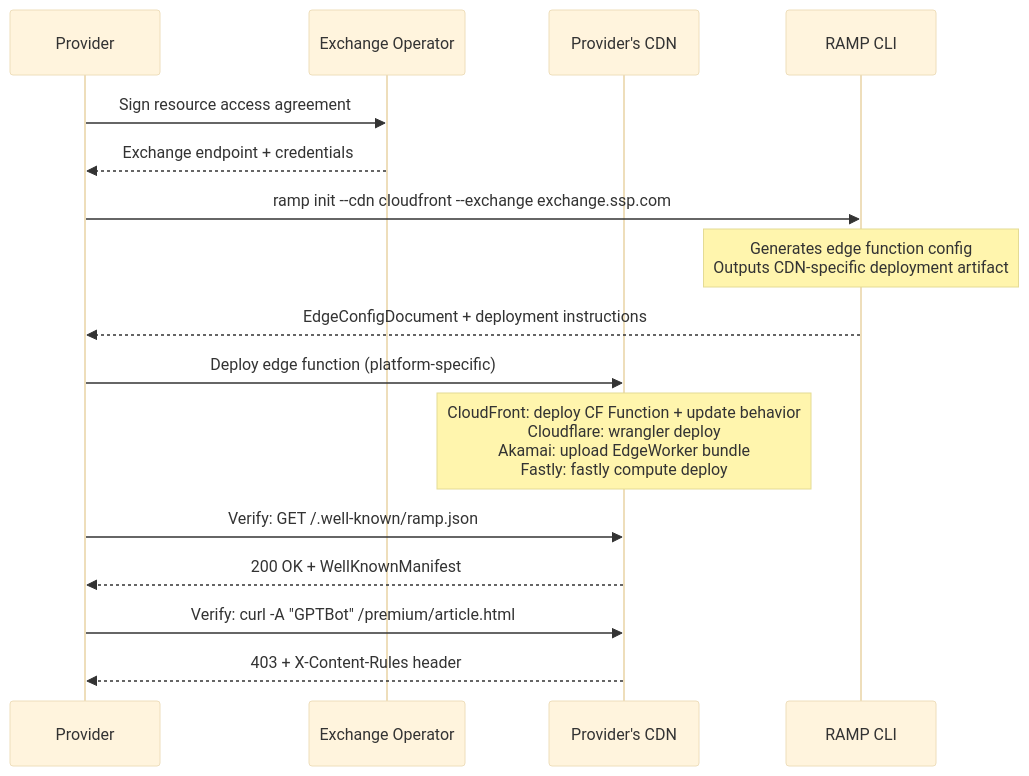
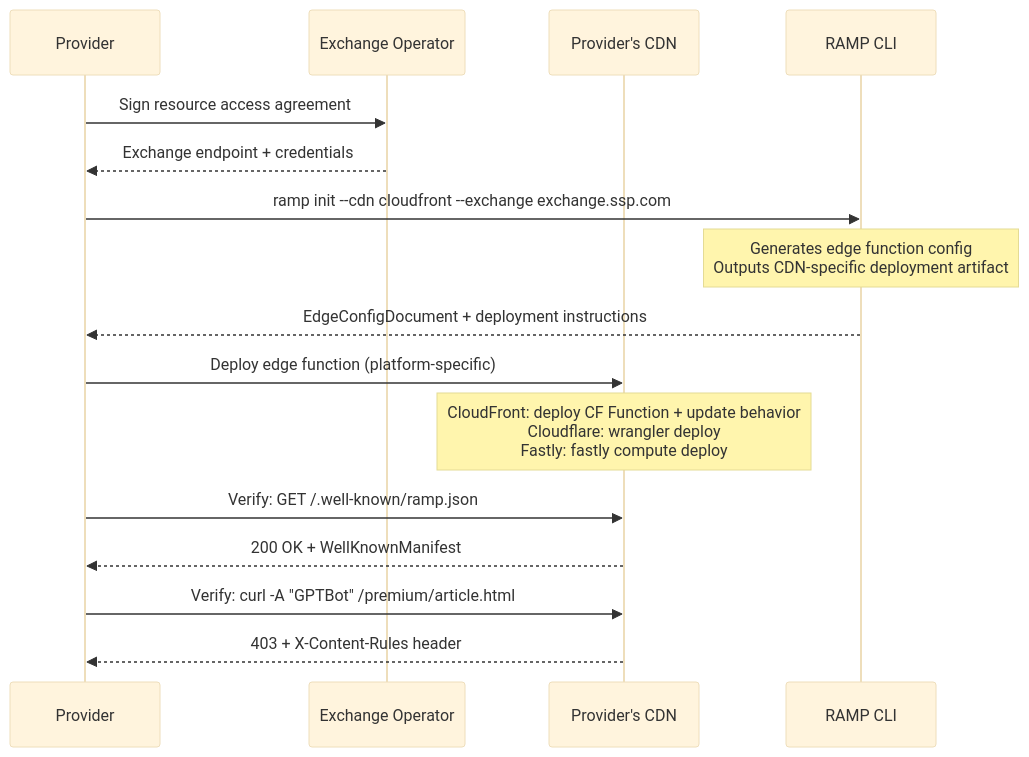
The first of 3 diagrams in website/src/content/docs/components/edge-function/deployment.mdx (RAMP-Protocol/protocol), drawn with Mermaid (base theme) before and after one commit. The commit also changed other lines of this file and 3 other files, not shown here.

````diff
--- a/website/src/content/docs/components/edge-function/deployment.mdx
+++ b/website/src/content/docs/components/edge-function/deployment.mdx
@@ -10,24 +10,24 @@
 ```mermaid
 sequenceDiagram
     participant Provider as Provider
     participant MO as Exchange Operator
     participant CDN as Provider's CDN
     participant RAMP as RAMP CLI
 
     Provider->>MO: Sign resource access agreement
     MO-->>Provider: Exchange endpoint + credentials
 
     Provider->>RAMP: ramp init --cdn cloudfront --exchange exchange.ssp.com
     Note over RAMP: Generates edge function config<br/>Outputs CDN-specific deployment artifact
 
     RAMP-->>Provider: EdgeConfigDocument + deployment instructions
 
     Provider->>CDN: Deploy edge function (platform-specific)
-    Note over CDN: CloudFront: deploy CF Function + update behavior<br/>Cloudflare: wrangler deploy<br/>Akamai: upload EdgeWorker bundle<br/>Fastly: fastly compute deploy
+    Note over CDN: CloudFront: deploy CF Function + update behavior<br/>Cloudflare: wrangler deploy<br/>Fastly: fastly compute deploy
 
     Provider->>CDN: Verify: GET /.well-known/ramp.json
     CDN-->>Provider: 200 OK + WellKnownManifest
 
     Provider->>CDN: Verify: curl -A "GPTBot" /premium/article.html
     CDN-->>Provider: 403 + X-Content-Rules header
 ```
````
